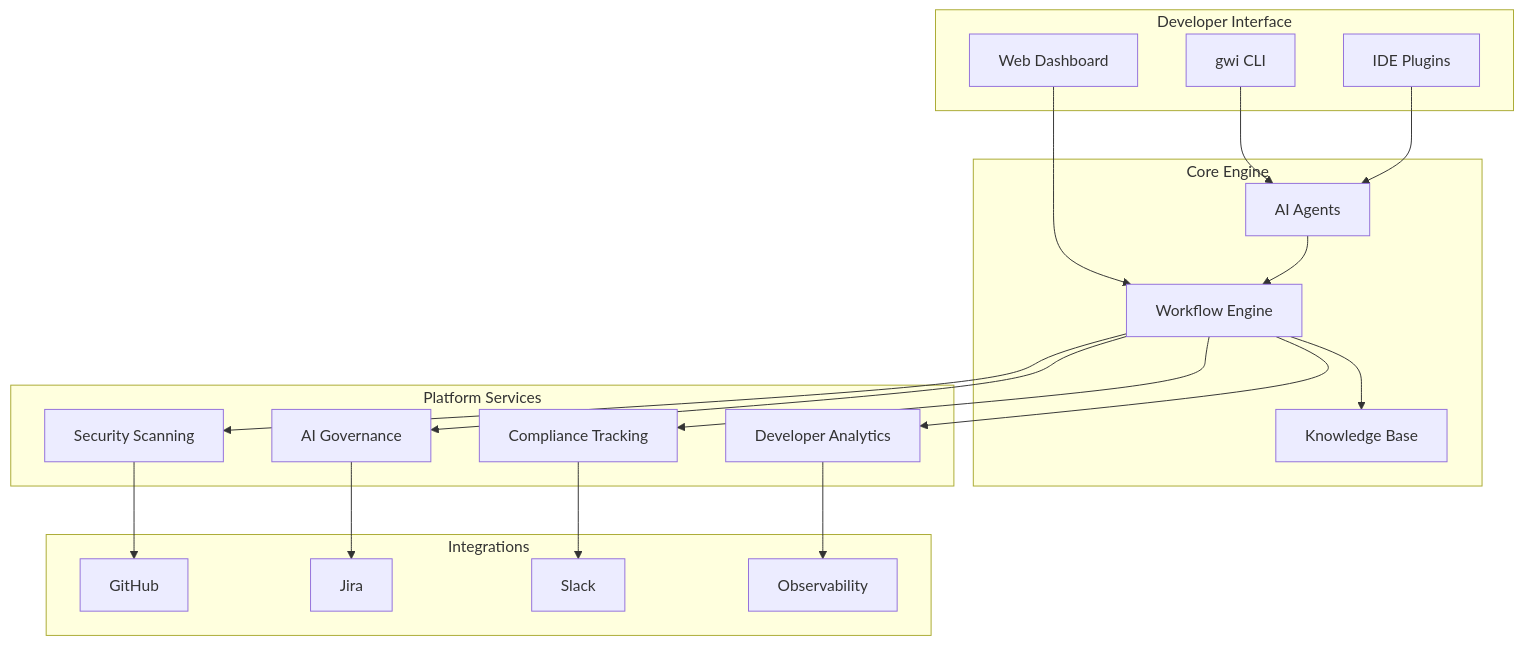
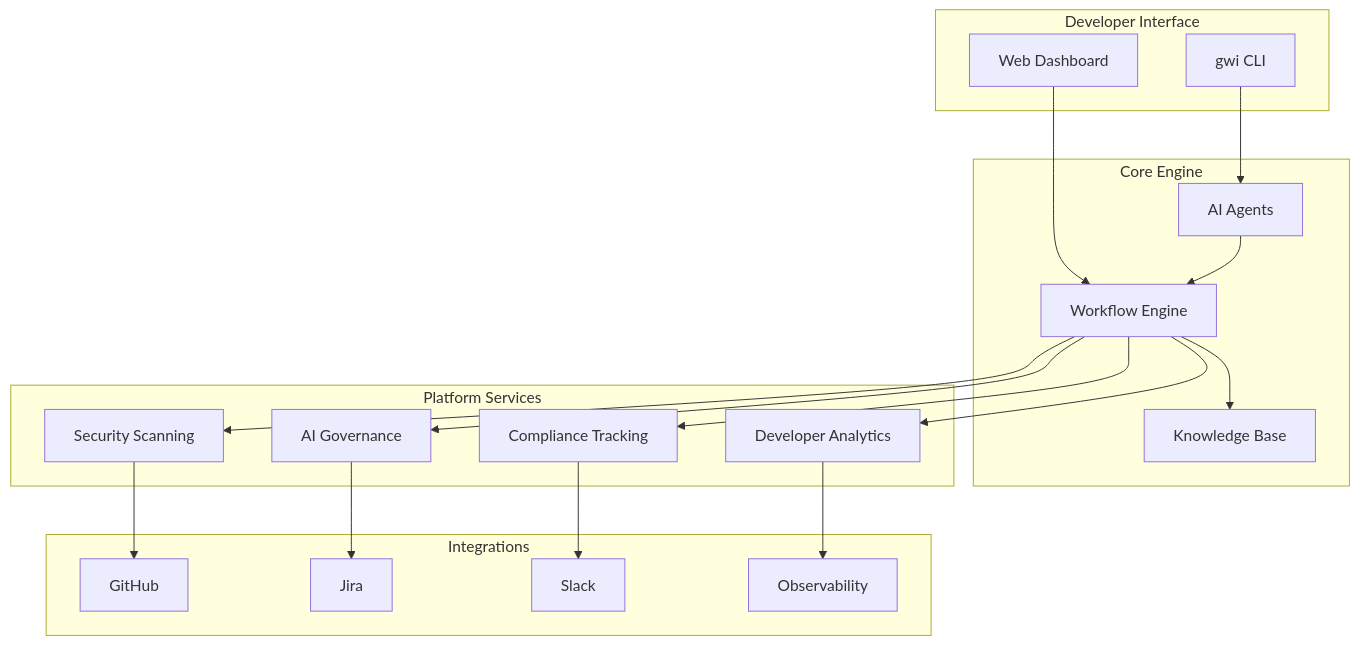
Before and after one commit to intent-solutions-io/iam-git-with-intent: the second of 16 diagrams in README.md, drawn with Mermaid. The commit also changed other lines of this file and 16 other files, not shown here.

````diff
--- a/README.md
+++ b/README.md
@@ -88,42 +88,40 @@
 ```mermaid
 flowchart TB
     subgraph "Developer Interface"
         CLI[gwi CLI]
-        IDE[IDE Plugins]
         Dashboard[Web Dashboard]
     end
 
     subgraph "Core Engine"
         Agents[AI Agents]
         Engine[Workflow Engine]
         RAG[Knowledge Base]
     end
 
     subgraph "Platform Services"
         Security[Security Scanning]
         Governance[AI Governance]
         Compliance[Compliance Tracking]
         Analytics[Developer Analytics]
     end
 
     subgraph "Integrations"
         GitHub
         Jira
         Slack
         Observability
     end
 
     CLI --> Agents
-    IDE --> Agents
     Dashboard --> Engine
     Agents --> Engine
     Engine --> RAG
     Engine --> Security
     Engine --> Governance
     Engine --> Compliance
     Engine --> Analytics
     Security --> GitHub
     Governance --> Jira
     Compliance --> Slack
     Analytics --> Observability
 ```
````
